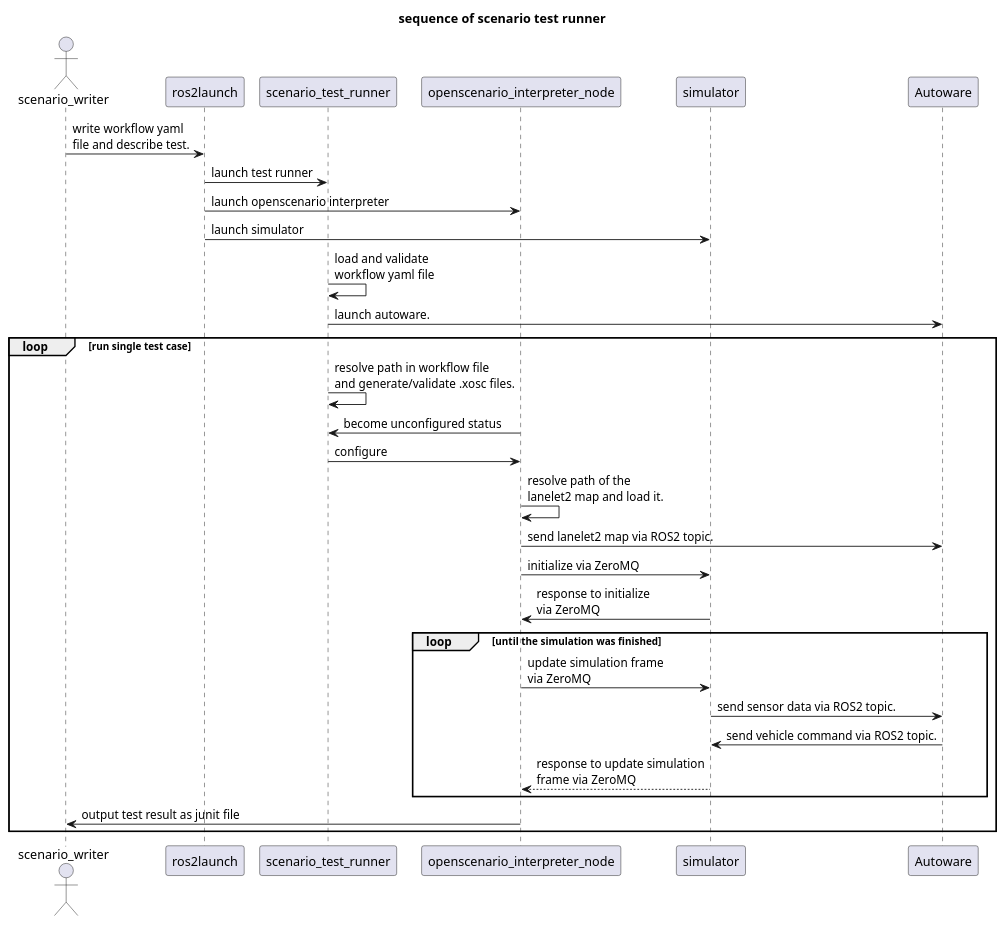
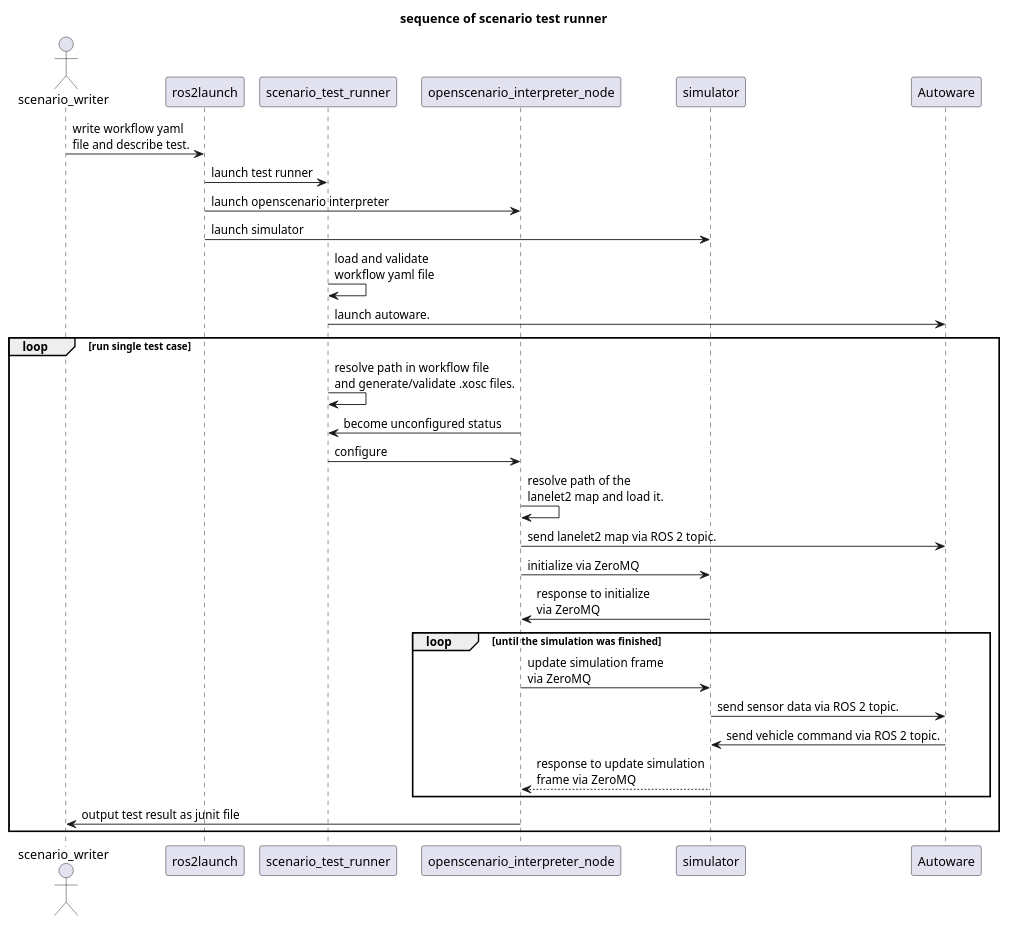
Before and after one commit to tier4/scenario_simulator_v2: the diagram in docs/developer_guide/uml/sequence.pu, drawn with PlantUML. The commit also changed 20 other files, not shown here.

```diff
--- a/docs/developer_guide/uml/sequence.pu
+++ b/docs/developer_guide/uml/sequence.pu
@@ -1,34 +1,34 @@
 @startuml{sequence.png}
 title sequence of scenario test runner
 
 actor scenario_writer
 
 scenario_writer -> ros2launch : write workflow yaml\nfile and describe test.
 ros2launch -> scenario_test_runner : launch test runner
 ros2launch -> openscenario_interpreter_node : launch openscenario interpreter
 ros2launch -> simulator : launch simulator
 
 scenario_test_runner -> scenario_test_runner : load and validate\nworkflow yaml file
 scenario_test_runner -> Autoware : launch autoware.
 loop run single test case
     scenario_test_runner -> scenario_test_runner : resolve path in workflow file\nand generate/validate .xosc files.
 
     openscenario_interpreter_node -> scenario_test_runner: become unconfigured status
     scenario_test_runner -> openscenario_interpreter_node:configure
 
     openscenario_interpreter_node -> openscenario_interpreter_node: resolve path of the\nlanelet2 map and load it.
-    openscenario_interpreter_node -> Autoware : send lanelet2 map via ROS2 topic.
+    openscenario_interpreter_node -> Autoware : send lanelet2 map via ROS 2 topic.
 
     openscenario_interpreter_node -> simulator: initialize via ZeroMQ
     simulator -> openscenario_interpreter_node: response to initialize\nvia ZeroMQ
 
     loop until the simulation was finished
         openscenario_interpreter_node -> simulator: update simulation frame\nvia ZeroMQ
-        simulator -> Autoware: send sensor data via ROS2 topic.
-        Autoware -> simulator: send vehicle command via ROS2 topic.
+        simulator -> Autoware: send sensor data via ROS 2 topic.
+        Autoware -> simulator: send vehicle command via ROS 2 topic.
         openscenario_interpreter_node <-- simulator: response to update simulation\nframe via ZeroMQ
     end
     openscenario_interpreter_node -> scenario_writer : output test result as junit file
 end
 
 @enduml
```
